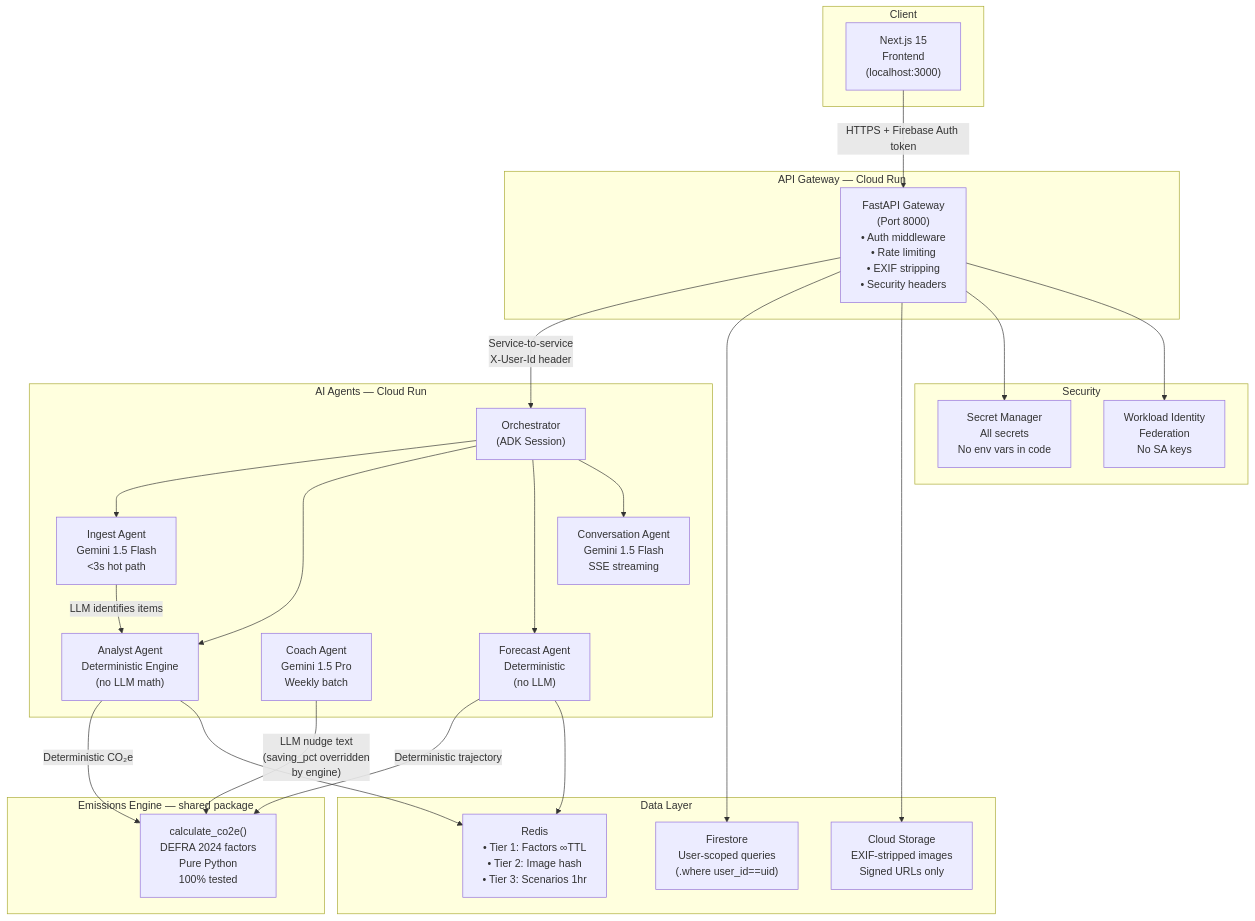
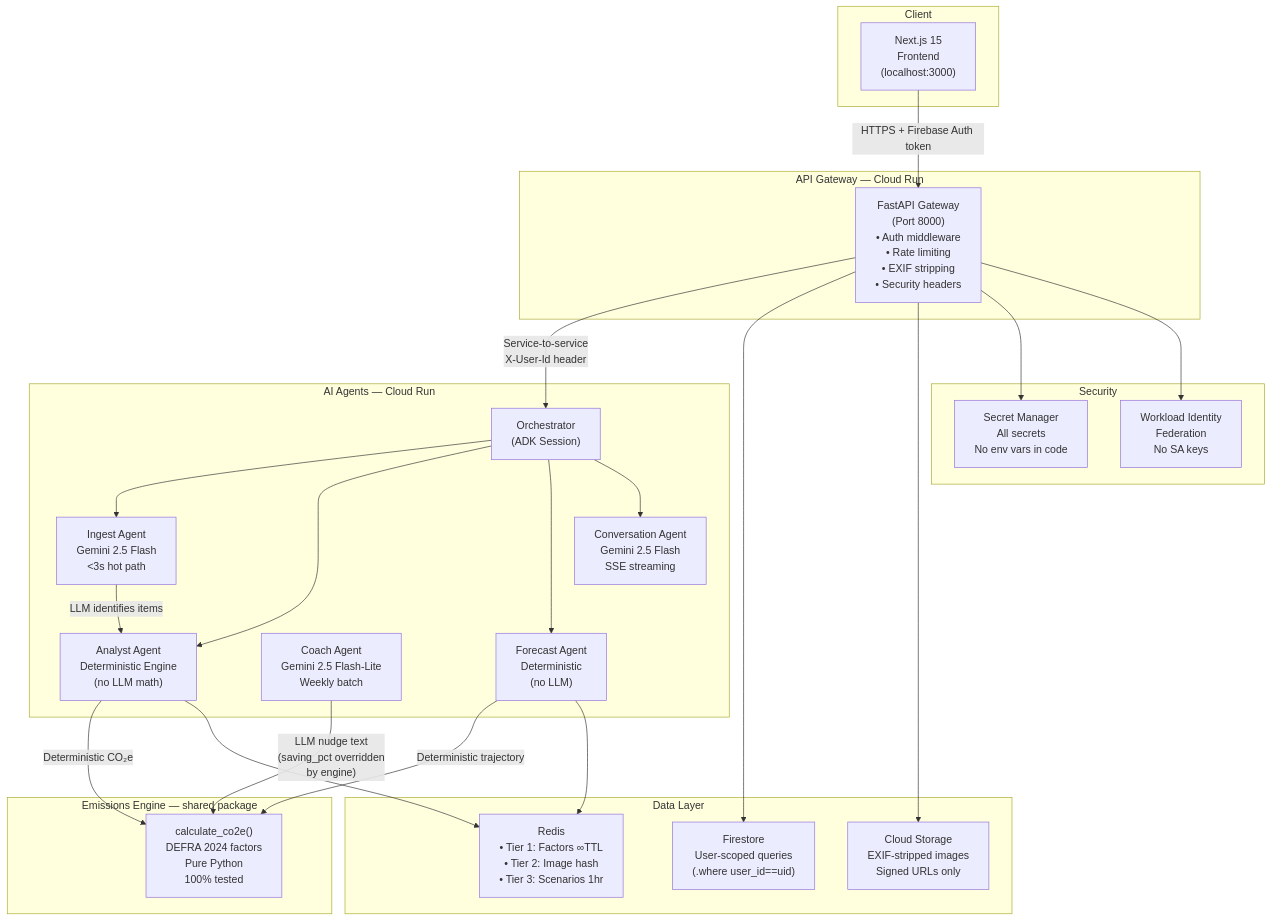
One commit to gauravlahoti/ecopulse changed the diagram in docs/architecture.md. Above: the diagram before and after it, drawn with Mermaid. The commit also changed other lines of this file and 37 other files, not shown here.

First line of the commit message:
chore: align docs/schemas with shipped build, drop tracked build artifacts

````diff
--- a/docs/architecture.md
+++ b/docs/architecture.md
@@ -5,51 +5,51 @@
 ```mermaid
 graph TB
     subgraph "Client"
         FE["Next.js 15\nFrontend\n(localhost:3000)"]
     end
 
     subgraph "API Gateway — Cloud Run"
         GW["FastAPI Gateway\n(Port 8000)\n• Auth middleware\n• Rate limiting\n• EXIF stripping\n• Security headers"]
     end
 
     subgraph "AI Agents — Cloud Run"
         ORCH["Orchestrator\n(ADK Session)"]
-        INGEST["Ingest Agent\nGemini 1.5 Flash\n<3s hot path"]
+        INGEST["Ingest Agent\nGemini 2.5 Flash\n<3s hot path"]
         ANALYST["Analyst Agent\nDeterministic Engine\n(no LLM math)"]
-        COACH["Coach Agent\nGemini 1.5 Pro\nWeekly batch"]
+        COACH["Coach Agent\nGemini 2.5 Flash-Lite\nWeekly batch"]
         FORECAST["Forecast Agent\nDeterministic\n(no LLM)"]
-        CONVO["Conversation Agent\nGemini 1.5 Flash\nSSE streaming"]
+        CONVO["Conversation Agent\nGemini 2.5 Flash\nSSE streaming"]
     end
 
     subgraph "Emissions Engine — shared package"
         EE["calculate_co2e()\nDEFRA 2024 factors\nPure Python\n100% tested"]
     end
 
     subgraph "Data Layer"
         FS["Firestore\nUser-scoped queries\n(.where user_id==uid)"]
         REDIS["Redis\n• Tier 1: Factors ∞TTL\n• Tier 2: Image hash\n• Tier 3: Scenarios 1hr"]
         GCS["Cloud Storage\nEXIF-stripped images\nSigned URLs only"]
     end
 
     subgraph "Security"
         SM["Secret Manager\nAll secrets\nNo env vars in code"]
         WIF["Workload Identity\nFederation\nNo SA keys"]
     end
 
     FE -->|"HTTPS + Firebase Auth token"| GW
     GW -->|"Service-to-service\nX-User-Id header"| ORCH
     ORCH --> INGEST
     ORCH --> ANALYST
     ORCH --> FORECAST
     ORCH --> CONVO
     INGEST -->|"LLM identifies items"| ANALYST
     ANALYST -->|"Deterministic CO₂e"| EE
     FORECAST -->|"Deterministic trajectory"| EE
     COACH -->|"LLM nudge text\n(saving_pct overridden\nby engine)"| EE
     GW --> FS
     GW --> GCS
     ANALYST --> REDIS
     FORECAST --> REDIS
     GW --> SM
     GW --> WIF
 ```
````
